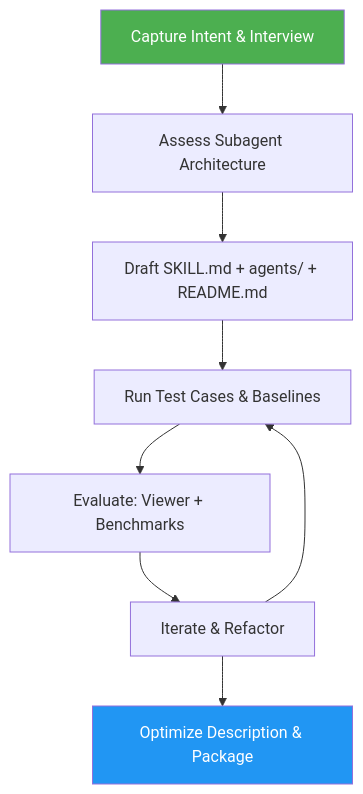
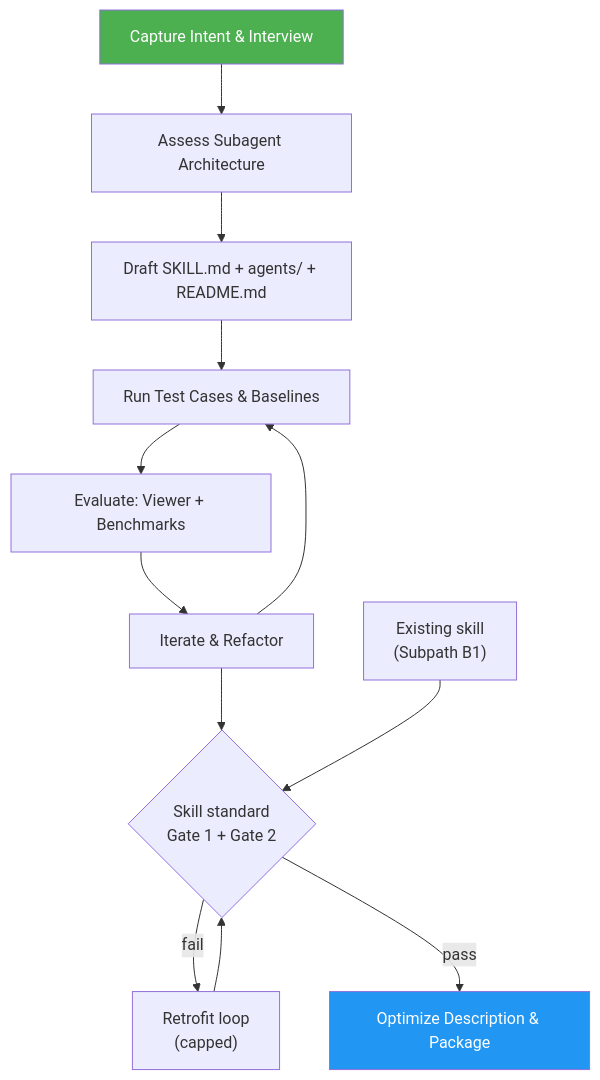
The diagram in skills/skill-creator/docs/README.md (luongnv89/asm), drawn with Mermaid before and after one commit. The commit also changed other lines of this file and 34 other files, not shown here.

````diff
--- a/skills/skill-creator/docs/README.md
+++ b/skills/skill-creator/docs/README.md
@@ -39,12 +44,16 @@
 ```mermaid
 graph TD
     A["Capture Intent & Interview"] --> B["Assess Subagent Architecture"]
     B --> C["Draft SKILL.md + agents/ + README.md"]
     C --> D["Run Test Cases & Baselines"]
     D --> E["Evaluate: Viewer + Benchmarks"]
     E --> F["Iterate & Refactor"]
     F --> D
-    F --> G["Optimize Description & Package"]
+    F --> S{"Skill standard<br/>Gate 1 + Gate 2"}
+    X["Existing skill<br/>(Subpath B1)"] --> S
+    S -- fail --> R["Retrofit loop<br/>(capped)"]
+    R --> S
+    S -- pass --> G["Optimize Description & Package"]
     style A fill:#4CAF50,color:#fff
     style G fill:#2196F3,color:#fff
 ```
````
